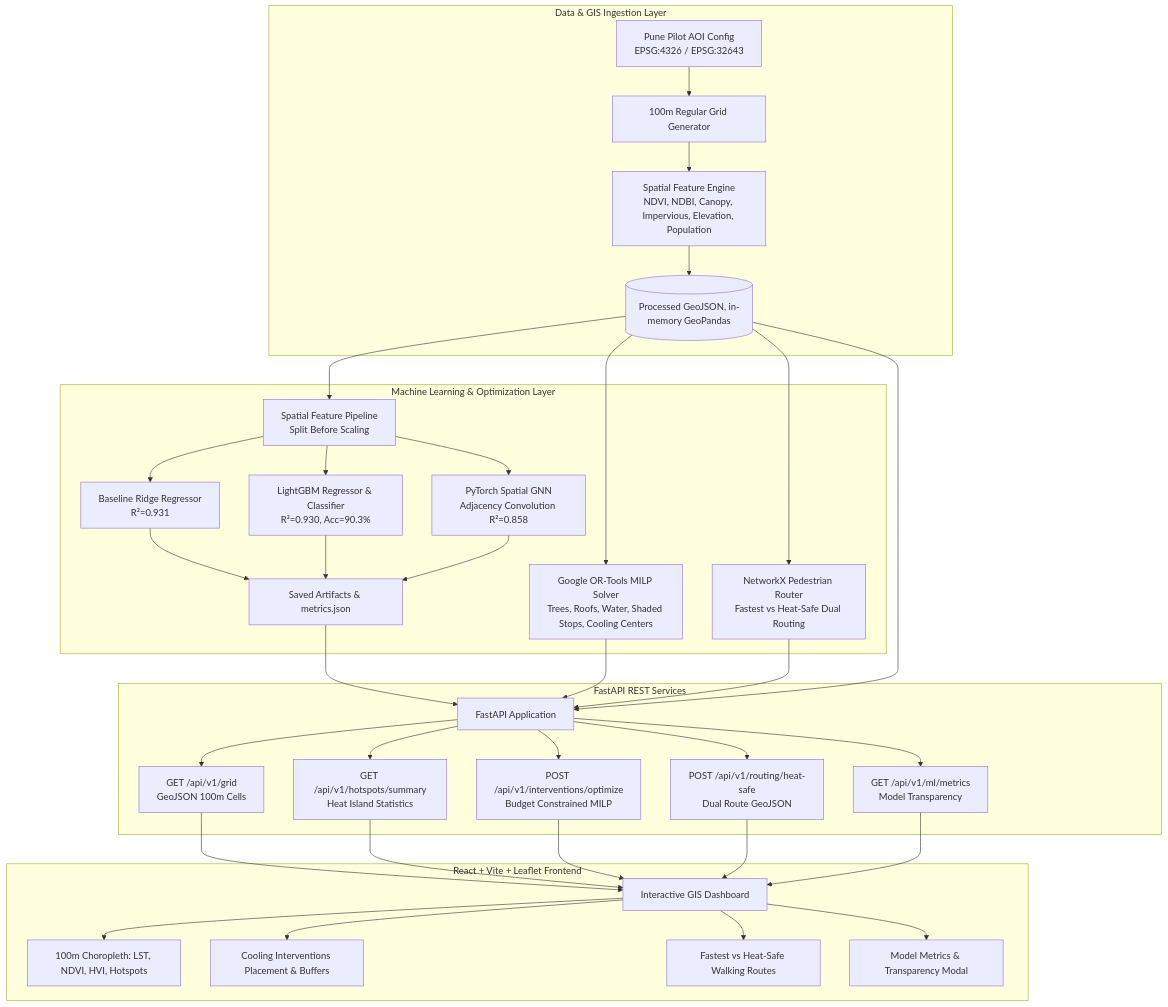
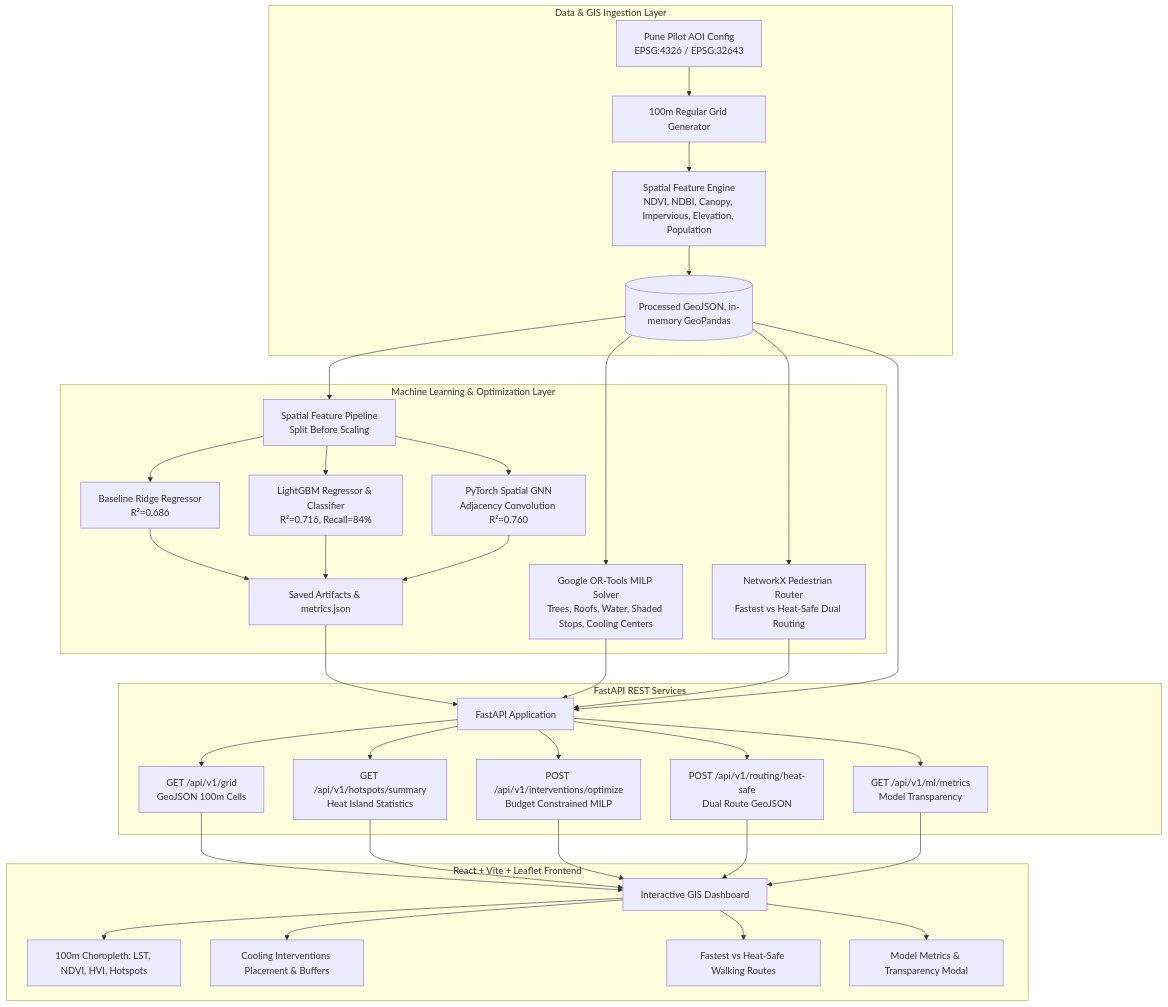
One commit to riddheshmorankar53-crypto/AI-Heat-Island-Detection-Cooling-Planner changed the diagram in docs/architecture.md. Above: the diagram before and after it, drawn with Mermaid. The commit also changed 5 other files, not shown here.

First line of the commit message:
Docs, notebook and graph demo reflect the real-data results

````diff
--- a/docs/architecture.md
+++ b/docs/architecture.md
@@ -7,36 +7,36 @@
 ```mermaid
 flowchart TD
     subgraph DataLayer["Data & GIS Ingestion Layer"]
         A[Pune Pilot AOI Config\nEPSG:4326 / EPSG:32643] --> B[100m Regular Grid Generator]
         B --> C[Spatial Feature Engine\nNDVI, NDBI, Canopy, Impervious, Elevation, Population]
         C --> D[(Processed GeoJSON, in-memory GeoPandas)]
     end
 
     subgraph MLLayer["Machine Learning & Optimization Layer"]
         D --> E[Spatial Feature Pipeline\nSplit Before Scaling]
-        E --> F1[Baseline Ridge Regressor\nR²=0.931]
-        E --> F2[LightGBM Regressor & Classifier\nR²=0.930, Acc=90.3%]
-        E --> F3[PyTorch Spatial GNN\nAdjacency Convolution R²=0.858]
+        E --> F1[Baseline Ridge Regressor\nR²=0.686]
+        E --> F2[LightGBM Regressor & Classifier\nR²=0.716, Recall=84%]
+        E --> F3[PyTorch Spatial GNN\nAdjacency Convolution R²=0.760]
         F1 & F2 & F3 --> G[Saved Artifacts & metrics.json]
 
         D --> H[Google OR-Tools MILP Solver\nTrees, Roofs, Water, Shaded Stops, Cooling Centers]
         D --> I[NetworkX Pedestrian Router\nFastest vs Heat-Safe Dual Routing]
     end
 
     subgraph BackendLayer["FastAPI REST Services"]
         G & H & I & D --> J[FastAPI Application]
         J --> K1["GET /api/v1/grid\nGeoJSON 100m Cells"]
         J --> K2["GET /api/v1/hotspots/summary\nHeat Island Statistics"]
         J --> K3["POST /api/v1/interventions/optimize\nBudget Constrained MILP"]
         J --> K4["POST /api/v1/routing/heat-safe\nDual Route GeoJSON"]
         J --> K5["GET /api/v1/ml/metrics\nModel Transparency"]
     end
 
     subgraph FrontendLayer["React + Vite + Leaflet Frontend"]
         K1 & K2 & K3 & K4 & K5 --> L[Interactive GIS Dashboard]
         L --> M1[100m Choropleth: LST, NDVI, HVI, Hotspots]
         L --> M2[Cooling Interventions Placement & Buffers]
         L --> M3[Fastest vs Heat-Safe Walking Routes]
         L --> M4[Model Metrics & Transparency Modal]
     end
 ```
````
